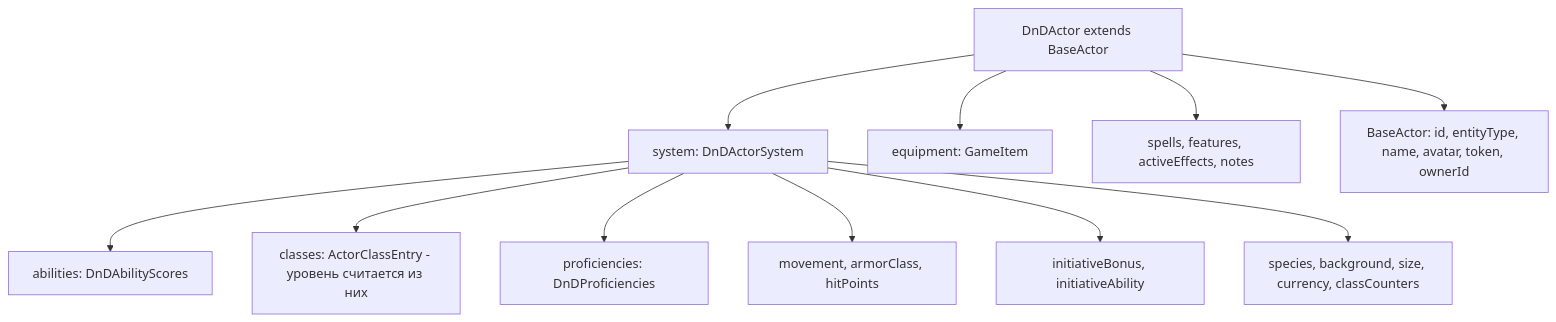
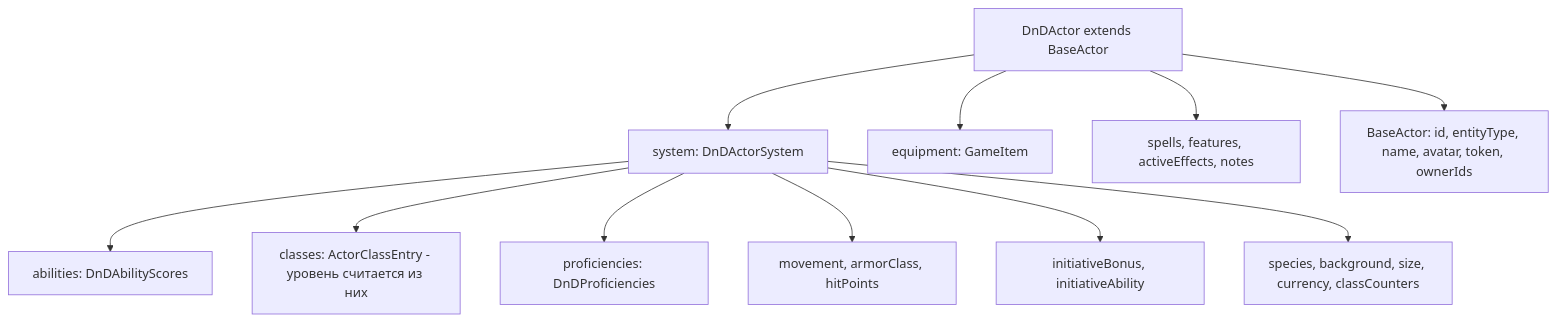
One commit to TTG-Club/dnd5e-2024 changed the second of 2 diagrams in src/engine/README.md. Above: the diagram before and after it, drawn with Mermaid. The commit also changed other lines of this file and 23 other files, not shown here.

````diff
--- a/src/engine/README.md
+++ b/src/engine/README.md
@@ -115,13 +115,13 @@
 ```mermaid
 graph TD
   A[DnDActor extends BaseActor] --> B[system: DnDActorSystem]
   B --> C[abilities: DnDAbilityScores]
   B --> D[classes: ActorClassEntry - уровень считается из них]
   B --> E[proficiencies: DnDProficiencies]
   B --> F[movement, armorClass, hitPoints]
   B --> G[initiativeBonus, initiativeAbility]
   B --> K[species, background, size, currency, classCounters]
   A --> H[equipment: GameItem]
   A --> J[spells, features, activeEffects, notes]
-  A --> L[BaseActor: id, entityType, name, avatar, token, ownerId]
+  A --> L[BaseActor: id, entityType, name, avatar, token, ownerIds]
 ```
````
